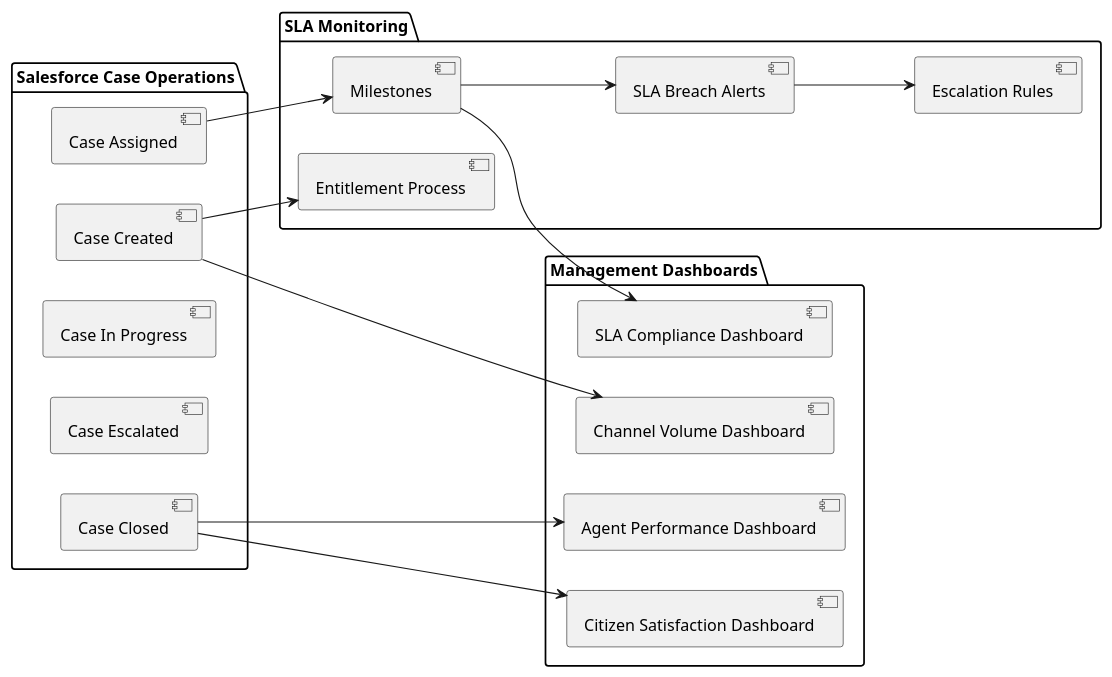
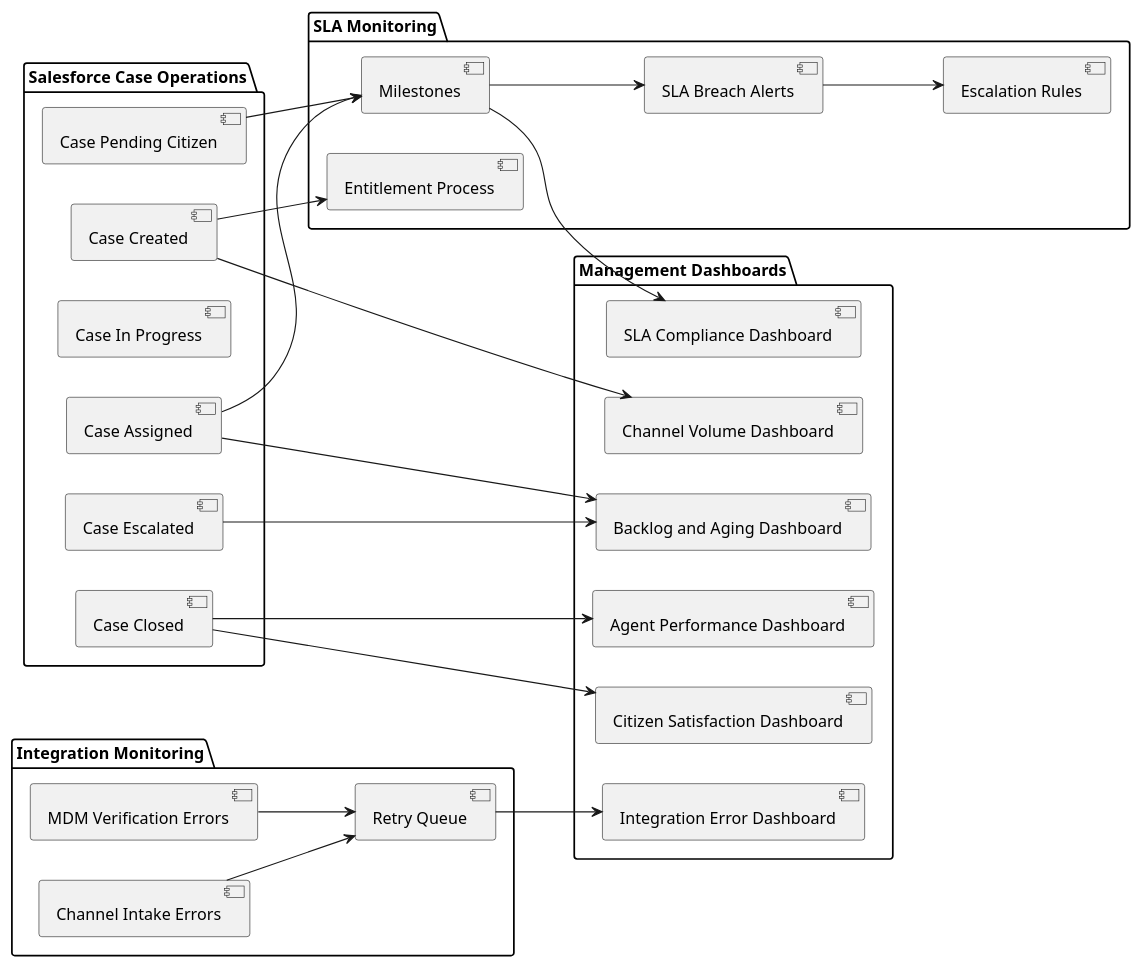
One commit to jimmytobing/virtusa changed the diagram in puml task2/7. Operational Monitoring and SLA Management.puml. Above: the diagram before and after it, drawn with PlantUML. The commit also changed 31 other files, not shown here.

```diff
--- a/puml task2/7. Operational Monitoring and SLA Management.puml
+++ b/puml task2/7. Operational Monitoring and SLA Management.puml
@@ -1,36 +1,51 @@
 @startuml
 left to right direction
 
 package "Salesforce Case Operations" {
   [Case Created]
   [Case Assigned]
   [Case In Progress]
   [Case Escalated]
+  [Case Pending Citizen]
   [Case Closed]
 }
 
 package "SLA Monitoring" {
   [Entitlement Process]
   [Milestones]
   [SLA Breach Alerts]
   [Escalation Rules]
 }
 
 package "Management Dashboards" {
   [Agent Performance Dashboard]
   [Channel Volume Dashboard]
   [SLA Compliance Dashboard]
   [Citizen Satisfaction Dashboard]
+  [Backlog and Aging Dashboard]
+  [Integration Error Dashboard]
+}
+
+package "Integration Monitoring" {
+  [MDM Verification Errors]
+  [Channel Intake Errors]
+  [Retry Queue]
 }
 
 [Case Created] --> [Entitlement Process]
 [Case Assigned] --> [Milestones]
+[Case Pending Citizen] --> [Milestones]
 [Milestones] --> [SLA Breach Alerts]
 [SLA Breach Alerts] --> [Escalation Rules]
 
 [Case Created] --> [Channel Volume Dashboard]
 [Case Closed] --> [Agent Performance Dashboard]
 [Milestones] --> [SLA Compliance Dashboard]
 [Case Closed] --> [Citizen Satisfaction Dashboard]
+[Case Assigned] --> [Backlog and Aging Dashboard]
+[Case Escalated] --> [Backlog and Aging Dashboard]
+[MDM Verification Errors] --> [Retry Queue]
+[Channel Intake Errors] --> [Retry Queue]
+[Retry Queue] --> [Integration Error Dashboard]
 
 @enduml
```
